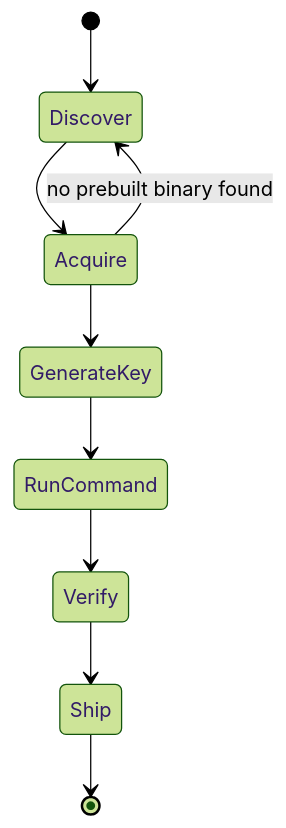
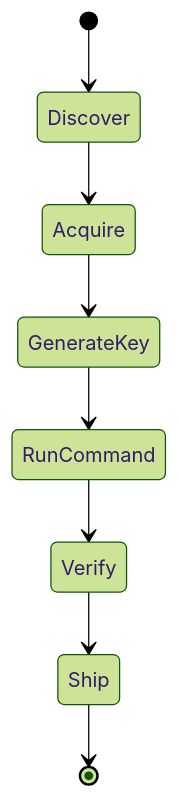
The first of 3 diagrams in docs/user-journey-gaps.md (user137/uacrypt), drawn with Mermaid (forest theme) before and after one commit. The commit also changed other lines of this file and 5 other files, not shown here.

````diff
--- a/docs/user-journey-gaps.md
+++ b/docs/user-journey-gaps.md
@@ -19,12 +19,10 @@
 ```mermaid
 stateDiagram-v2
     [*] --> Discover
     Discover --> Acquire
     Acquire --> GenerateKey
     GenerateKey --> RunCommand
     RunCommand --> Verify
     Verify --> Ship
     Ship --> [*]
-
-    Acquire --> Discover: no prebuilt binary found
 ```
````
